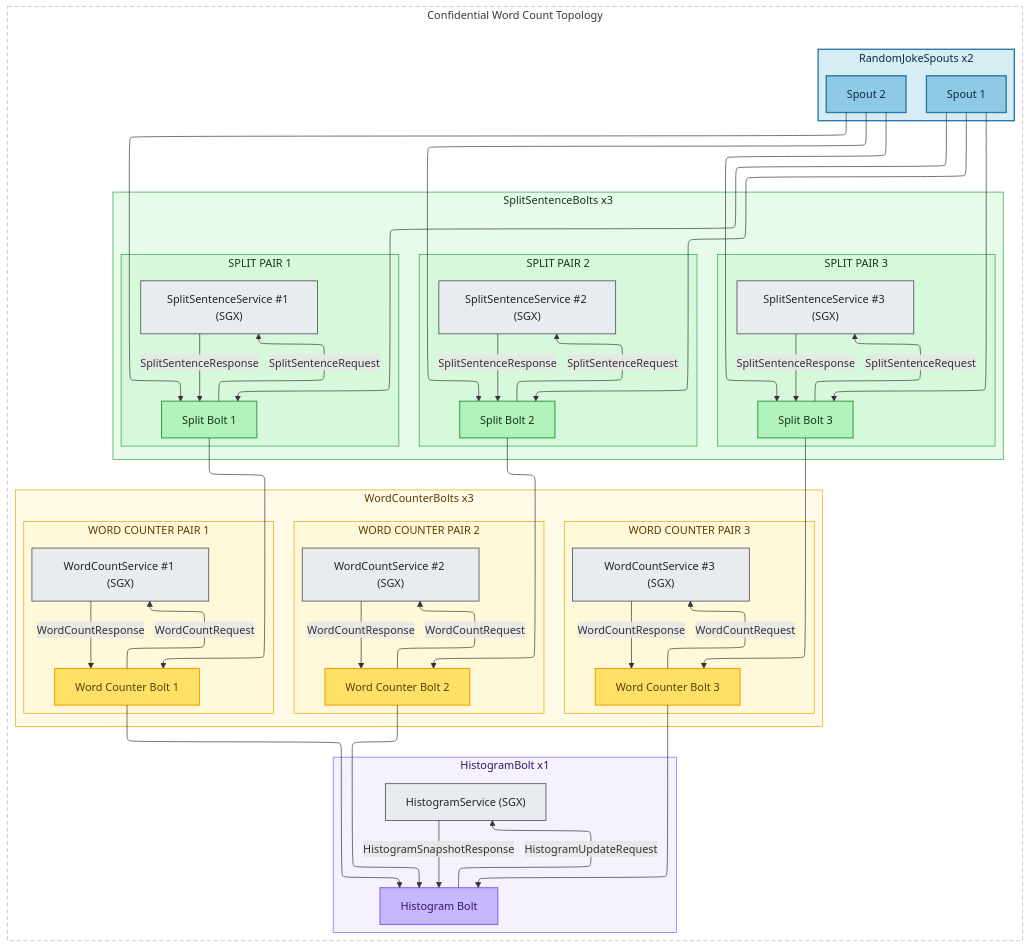
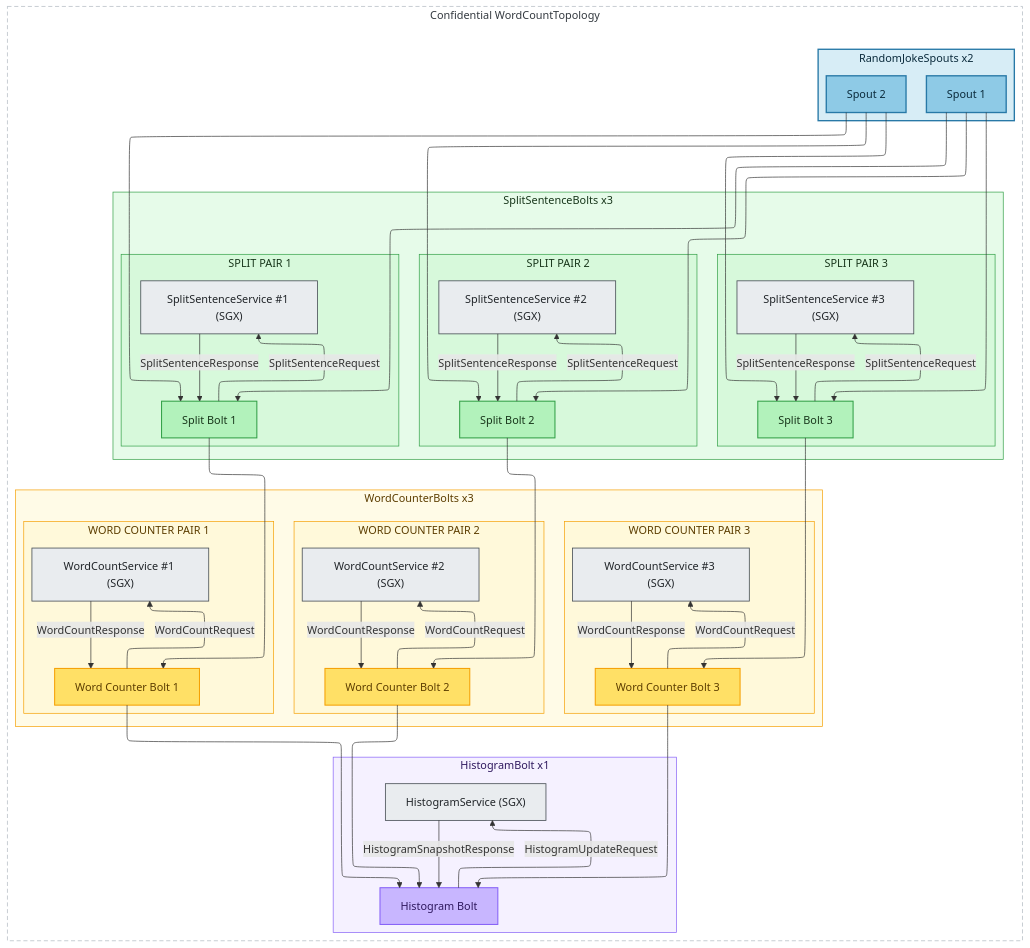
The diagram in assets/diagram.mmd (lucadibello/confidential-storm), drawn with Mermaid before and after one commit. The commit also changed 1 other file, not shown here.

Commit message:
fix: updated topolgy name in diagram

```diff
--- a/assets/diagram.mmd
+++ b/assets/diagram.mmd
@@ -1,143 +1,143 @@
 %%{init: {"flowchart": {"defaultRenderer": "elk","elk": {
   "direction": "DOWN",
   "alignment": "CENTER",
   'mergeEdges': true,
   'nodePlacementStrategy': "LINEAR_SEGMENTS"
 }}}}%%
 flowchart TB
 
   %% ===== PIPELINE WRAPPER (helps center layout) =====
-  subgraph Pipeline["Confidential Word Count Topology"]
+  subgraph Pipeline["Confidential WordCountTopology"]
     direction TB
     %% ===== RANDOM JOKE SPOUTS (stage 1) =====
     subgraph R["RandomJokeSpouts x2"]
       direction TB
       R1["Spout 1"]:::spoutNode
       R2["Spout 2"]:::spoutNode
     end
     class R groupSpout
 
 
     %% ===== SPLIT SENTENCE (stage 2) =====
     subgraph S["SplitSentenceBolts x3"]
       direction TB
 
       subgraph S1Grp["SPLIT PAIR 1"]
         direction TB
         S1["Split Bolt 1"]:::splitBolt
         SE1["SplitSentenceService #1 (SGX)"]:::enclaveNode
         S1 -- "SplitSentenceRequest" --> SE1
         SE1 -- "SplitSentenceResponse" --> S1
       end
       class S1Grp pairSplit
 
       subgraph S2Grp["SPLIT PAIR 2"]
         direction TB
         S2["Split Bolt 2"]:::splitBolt
         SE2["SplitSentenceService #2 (SGX)"]:::enclaveNode
         S2 -- "SplitSentenceRequest" --> SE2
         SE2 -- "SplitSentenceResponse" --> S2
       end
       class S2Grp pairSplit
 
       subgraph S3Grp["SPLIT PAIR 3"]
         direction TB
         S3["Split Bolt 3"]:::splitBolt
         SE3["SplitSentenceService #3 (SGX)"]:::enclaveNode
         S3 -- "SplitSentenceRequest" --> SE3
         SE3 -- "SplitSentenceResponse" --> S3
       end
       class S3Grp pairSplit
 
     end
     class S groupSplit
 
 
     %% ===== WORD COUNTER (stage 3) =====
     subgraph W["WordCounterBolts x3"]
       direction TB
 
       subgraph W1Grp["WORD COUNTER PAIR 1"]
         direction TB
         W1["Word Counter Bolt 1"]:::wordBolt
         WE1["WordCountService #1 (SGX)"]:::enclaveNode
         W1 -- "WordCountRequest" --> WE1
         WE1 -- "WordCountResponse" --> W1
       end
       class W1Grp pairWord
 
       subgraph W2Grp["WORD COUNTER PAIR 2"]
         direction TB
         W2["Word Counter Bolt 2"]:::wordBolt
         WE2["WordCountService #2 (SGX)"]:::enclaveNode
         W2 -- "WordCountRequest" --> WE2
         WE2 -- "WordCountResponse" --> W2
       end
       class W2Grp pairWord
 
       subgraph W3Grp["WORD COUNTER PAIR 3"]
         direction TB
         W3["Word Counter Bolt 3"]:::wordBolt
         WE3["WordCountService #3 (SGX)"]:::enclaveNode
         W3 -- "WordCountRequest" --> WE3
         WE3 -- "WordCountResponse" --> W3
       end
       class W3Grp pairWord
 
     end
     class W groupWord
 
 
     %% ===== HISTOGRAM (stage 4) =====
     subgraph H["HistogramBolt x1"]
       direction TB
       H1["Histogram Bolt"]:::histBolt
       HE["HistogramService (SGX)"]:::enclaveNode
       H1 -- "HistogramUpdateRequest" --> HE
       HE -- "HistogramSnapshotResponse" --> H1
     end
     class H groupHist
     class H pairHist
 
 
     %% ===== PIPELINE FLOW =====
     R1 --> S1
     R1 --> S2
     R1 --> S3
 
     R2 --> S1
     R2 --> S2
     R2 --> S3
 
     S1 --> W1
     S2 --> W2
     S3 --> W3
 
     W1 --> H1
     W2 --> H1
     W3 --> H1
   end
   class Pipeline pipelineFrame
 
   %% ===== STYLING =====
   %% Node styles share the same palette as their subgraph backgrounds
   classDef spoutNode fill:#8ecae6,stroke:#2879a7,color:#0b2b3c,stroke-width:2px;
   classDef splitBolt fill:#b2f2bb,stroke:#2f9e44,color:#18361b,stroke-width:1.5px;
   classDef wordBolt fill:#ffe066,stroke:#f59f00,color:#5c3d00,stroke-width:1.5px;
   classDef histBolt fill:#c8b6ff,stroke:#845ef7,color:#2f195f,stroke-width:1.5px;
   classDef enclaveNode fill:#e9ecef,stroke:#495057,color:#212529,stroke-width:1.2px;
   classDef pipelineFrame fill:none,stroke:#adb5bd,stroke-width:1px,stroke-dasharray:6 4,color:#343a40,padding-top:5px;
 
   %% Subgraph backgrounds – translucent fills highlight each bolt family
   style R fill:#8ecae6,fill-opacity:0.35,stroke:#2879a7,stroke-width:2px,color:#0b2b3c,padding:18px
   style S fill:#b2f2bb,fill-opacity:0.32,stroke:#2f9e44,stroke-width:1px,color:#18361b,padding:18px
   style S1Grp fill:#b2f2bb,fill-opacity:0.3,stroke:#2f9e44,color:#18361b,padding:12px
   style S2Grp fill:#b2f2bb,fill-opacity:0.3,stroke:#2f9e44,color:#18361b,padding:12px
   style S3Grp fill:#b2f2bb,fill-opacity:0.3,stroke:#2f9e44,color:#18361b,padding:12px
 
   style W fill:#fff3bf,fill-opacity:0.38,stroke:#f59f00,stroke-width:1px,color:#5c3d00,padding:18px
   style W1Grp fill:#fff3bf,fill-opacity:0.35,stroke:#f59f00,color:#5c3d00,padding:12px
   style W2Grp fill:#fff3bf,fill-opacity:0.35,stroke:#f59f00,color:#5c3d00,padding:12px
   style W3Grp fill:#fff3bf,fill-opacity:0.35,stroke:#f59f00,color:#5c3d00,padding:12px
 
   style H fill:#e5dbff,fill-opacity:0.4,stroke:#845ef7,stroke-width:1px,color:#2f195f,padding:18px
```
